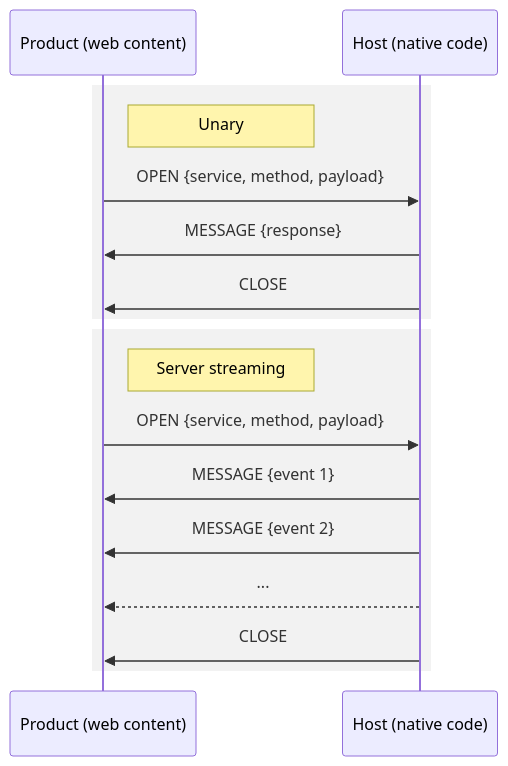
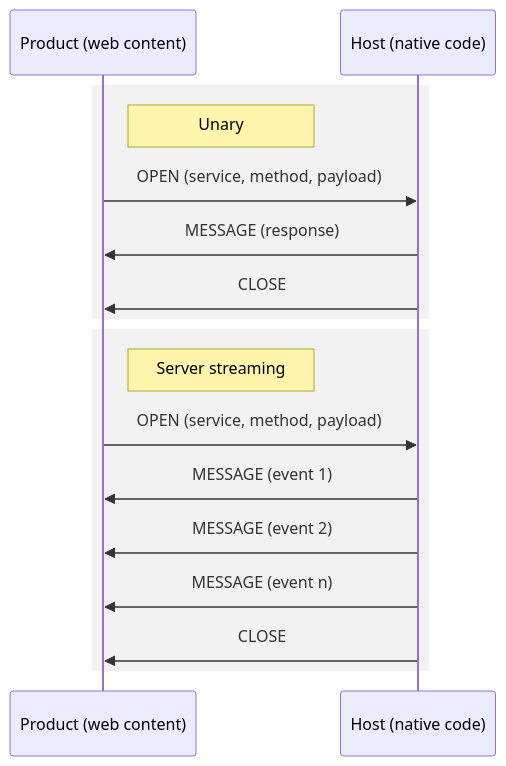
The diagram in README.md (pgherveou/rpc-concept), drawn with Mermaid before and after one commit.

````diff
--- a/README.md
+++ b/README.md
@@ -205,21 +205,21 @@
 ```mermaid
 sequenceDiagram
     participant P as Product (web content)
     participant H as Host (native code)
 
     rect rgba(128,128,128,0.1)
     Note right of P: Unary
-    P->>H: OPEN {service, method, payload}
-    H->>P: MESSAGE {response}
+    P->>H: OPEN (service, method, payload)
+    H->>P: MESSAGE (response)
     H->>P: CLOSE
     end
 
     rect rgba(128,128,128,0.1)
     Note right of P: Server streaming
-    P->>H: OPEN {service, method, payload}
-    H->>P: MESSAGE {event 1}
-    H->>P: MESSAGE {event 2}
-    H-->>P: ...
+    P->>H: OPEN (service, method, payload)
+    H->>P: MESSAGE (event 1)
+    H->>P: MESSAGE (event 2)
+    H->>P: MESSAGE (event n)
     H->>P: CLOSE
     end
 ```
````
